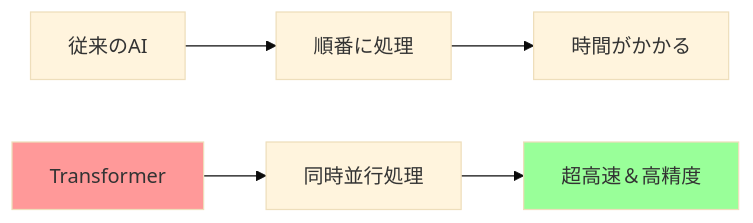
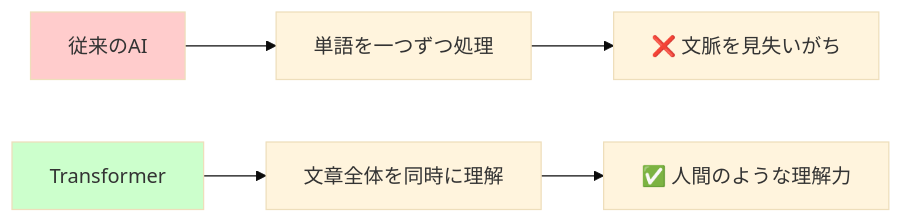
One commit to SparklingDetergent/doc_genai_mental_model changed the first of 15 diagrams in AI/DeepLearning/Transformer/README.MD. Above: the diagram before and after it, drawn with Mermaid (base theme). The commit also changed other lines of this file, not shown here.

````diff
--- a/AI/DeepLearning/Transformer/README.MD
+++ b/AI/DeepLearning/Transformer/README.MD
@@ -29,14 +26,11 @@
 ```mermaid
 graph LR
-    A[従来のAI] --> B[順番に処理]
-    B --> C[時間がかかる]
+    A[従来のAI] --> B[単語を一つずつ処理]
+    C[Transformer] --> D[文章全体を同時に理解]
     
-    D[Transformer] --> E[同時並行処理]
-    E --> F[超高速＆高精度]
+    B --> E[❌ 文脈を見失いがち]
+    D --> F[✅ 人間のような理解力]
     
-    style D fill:#ff9999
-    style F fill:#99ff99
-    
-    click A "#従来手法の限界"
-    click D "#transformer革新"
+    style A fill:#ffcccc
+    style C fill:#ccffcc
 ```
````
